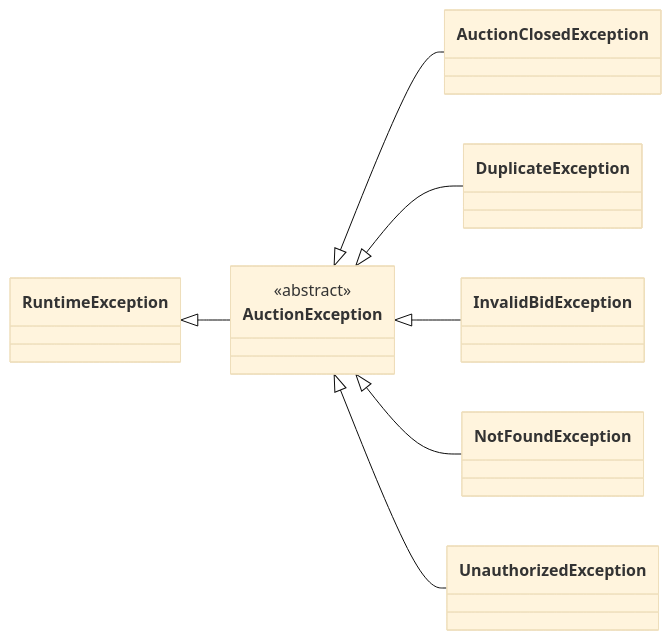
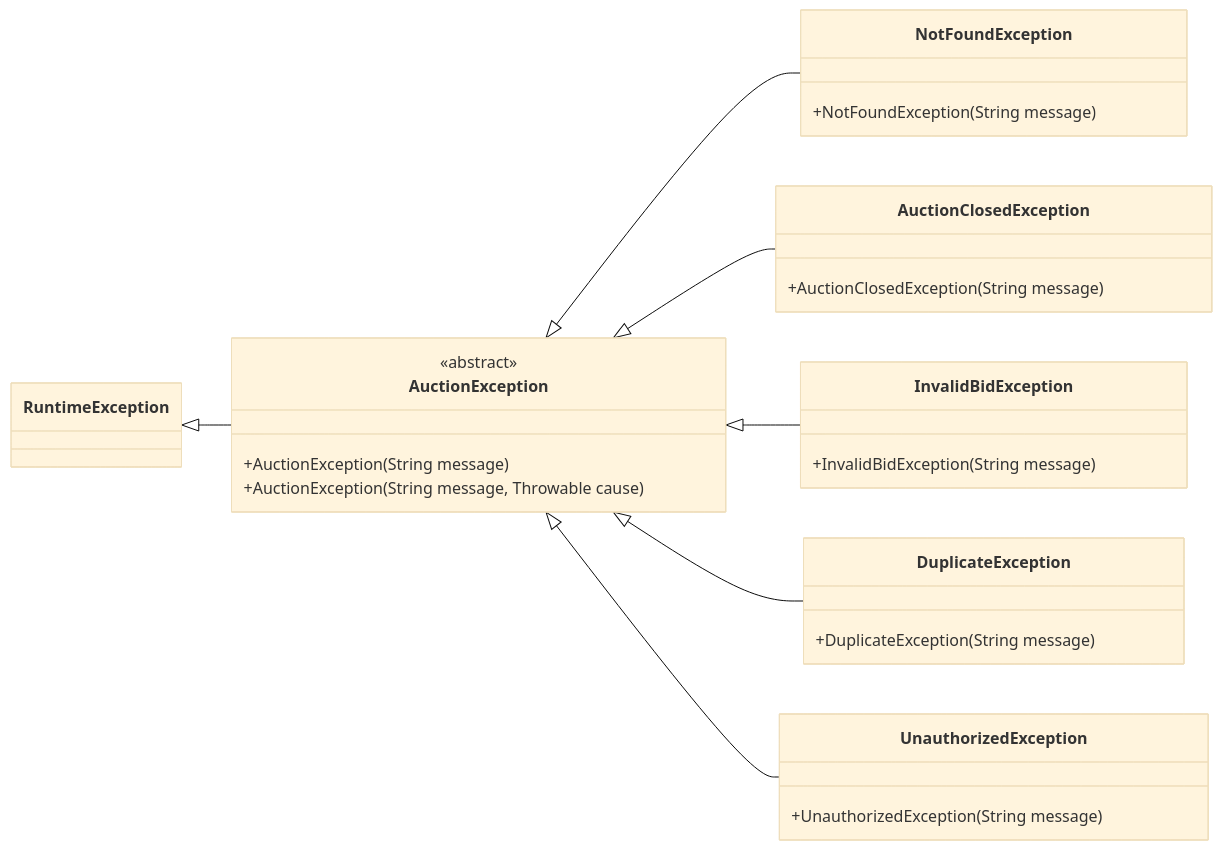
Before and after one commit to kieran-labs/oop-course-project-uet: the second of 5 diagrams in README.md, drawn with Mermaid (base theme). The commit also changed other lines of this file, not shown here.

````diff
--- a/README.md
+++ b/README.md
@@ -250,21 +205,35 @@
 ```mermaid
 classDiagram
     direction LR
 
     class RuntimeException
+
     class AuctionException {
         <<abstract>>
+        +AuctionException(String message)
+        +AuctionException(String message, Throwable cause)
     }
-    class AuctionClosedException
-    class DuplicateException
-    class InvalidBidException
-    class NotFoundException
-    class UnauthorizedException
+
+    class NotFoundException {
+        +NotFoundException(String message)
+    }
+    class AuctionClosedException {
+        +AuctionClosedException(String message)
+    }
+    class InvalidBidException {
+        +InvalidBidException(String message)
+    }
+    class DuplicateException {
+        +DuplicateException(String message)
+    }
+    class UnauthorizedException {
+        +UnauthorizedException(String message)
+    }
 
     RuntimeException <|-- AuctionException
+    AuctionException <|-- NotFoundException
     AuctionException <|-- AuctionClosedException
+    AuctionException <|-- InvalidBidException
     AuctionException <|-- DuplicateException
-    AuctionException <|-- InvalidBidException
-    AuctionException <|-- NotFoundException
     AuctionException <|-- UnauthorizedException
 ```
````
